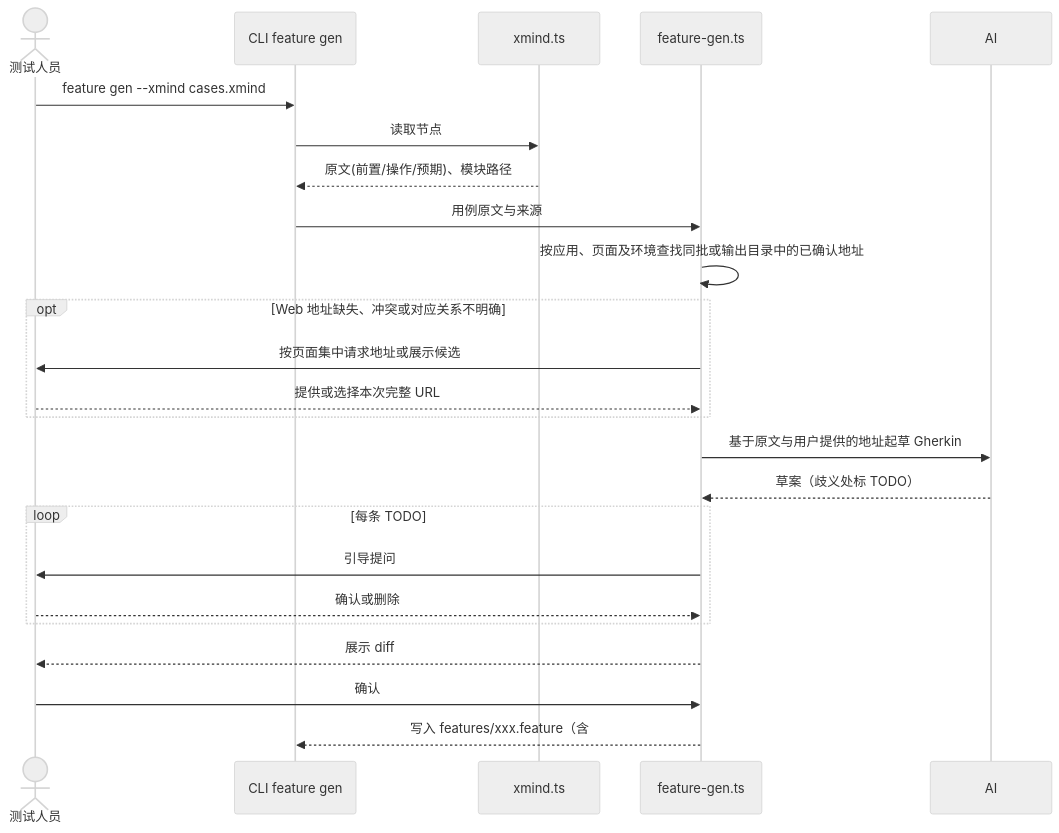
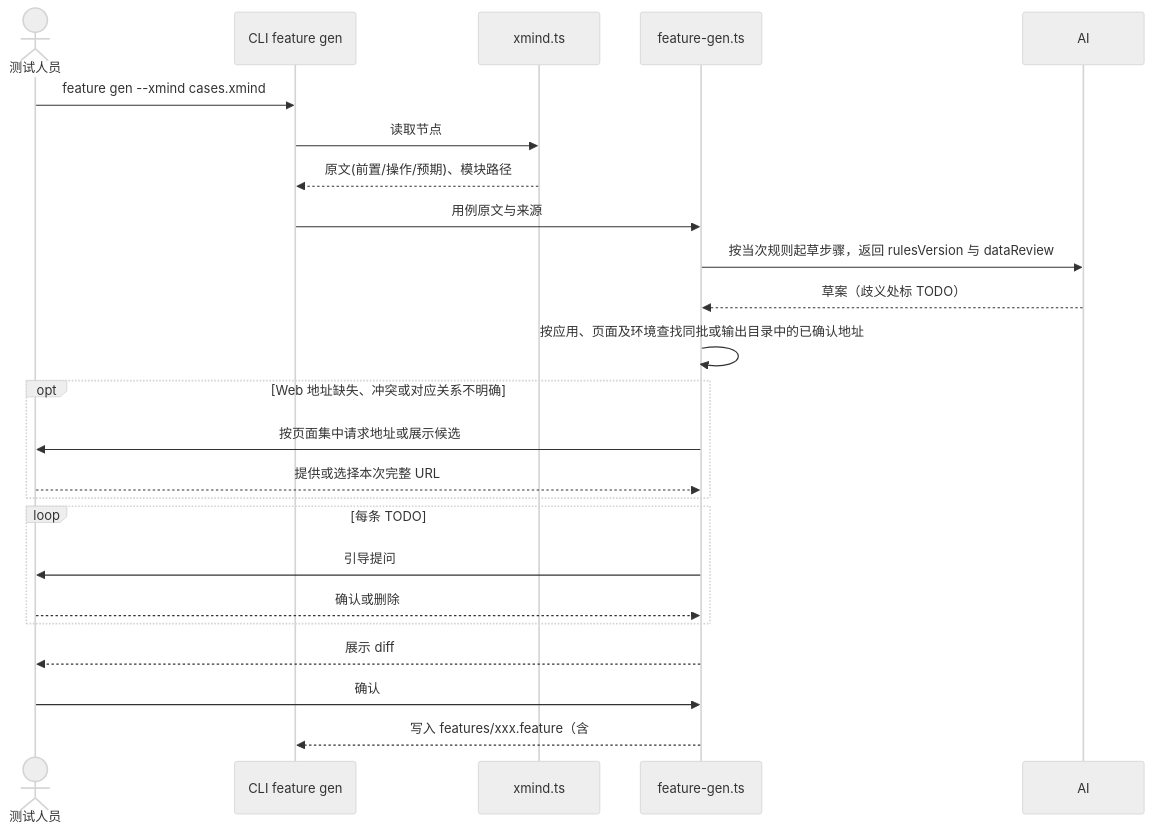
One commit to Mone-Lee/browser-automated changed the second of 4 diagrams in docs/browser-test-technical-plan.md. Above: the diagram before and after it, drawn with Mermaid (neutral theme). The commit also changed other lines of this file, not shown here.

````diff
--- a/docs/browser-test-technical-plan.md
+++ b/docs/browser-test-technical-plan.md
@@ -127,27 +131,27 @@
 ```mermaid
 sequenceDiagram
     actor U as 测试人员
     participant C as CLI feature gen
     participant X as xmind.ts
     participant G as feature-gen.ts
     participant AI as AI
 
     U->>C: feature gen --xmind cases.xmind
     C->>X: 读取节点
     X-->>C: 原文(前置/操作/预期)、模块路径
     C->>G: 用例原文与来源
+    G->>AI: 按当次规则起草步骤，返回 rulesVersion 与 dataReview
+    AI-->>G: 草案（歧义处标 TODO）
     G->>G: 按应用、页面及环境查找同批或输出目录中的已确认地址
     opt Web 地址缺失、冲突或对应关系不明确
         G->>U: 按页面集中请求地址或展示候选
         U-->>G: 提供或选择本次完整 URL
     end
-    G->>AI: 基于原文与用户提供的地址起草 Gherkin
-    AI-->>G: 草案（歧义处标 TODO）
     loop 每条 TODO
         G->>U: 引导提问
         U-->>G: 确认或删除
     end
     G-->>U: 展示 diff
     U->>G: 确认
     G-->>C: 写入 features/xxx.feature（含 # source）
 ```
````
